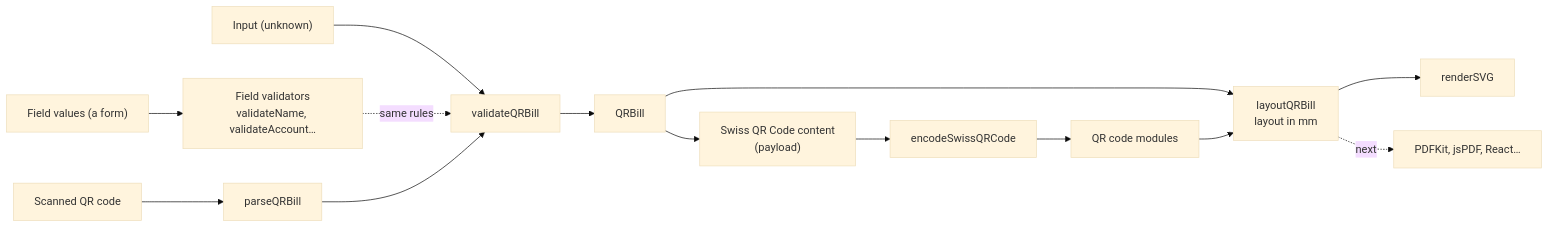
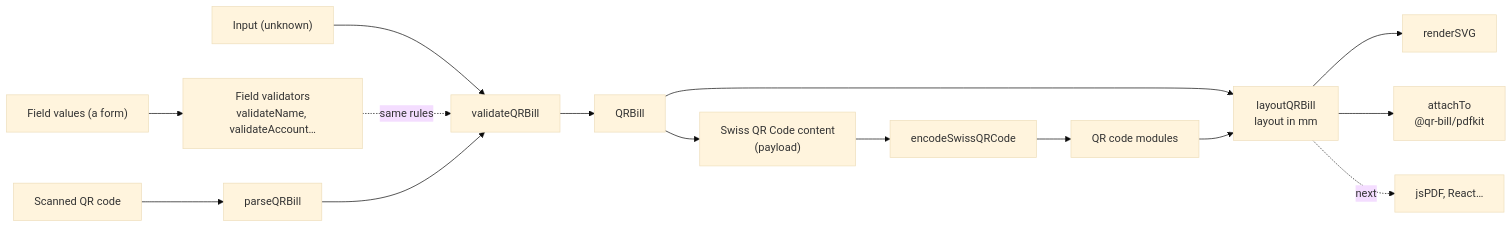
The diagram in docs/architecture.md (qr-bill/qr-bill), drawn with Mermaid (base theme) before and after one commit. The commit also changed other lines of this file and 28 other files, not shown here.

Commit message:
feat: @qr-bill/pdfkit adapter (#13) (#14)

````diff
--- a/docs/architecture.md
+++ b/docs/architecture.md
@@ -15,16 +15,17 @@
 ```mermaid
 flowchart LR
   fields["Field values (a form)"] --> validators["Field validators<br/>validateName, validateAccount…"]
   input["Input (unknown)"] --> validate["validateQRBill"]
   validators -. same rules .-> validate
   validate --> bill["QRBill"]
   bill --> payload["Swiss QR Code content<br/>(payload)"]
   payload --> encode["encodeSwissQRCode"]
   encode --> modules["QR code modules"]
   bill --> layout["layoutQRBill<br/>layout in mm"]
   modules --> layout
   layout --> svg["renderSVG"]
-  layout -. next .-> pdf["PDFKit, jsPDF, React…"]
+  layout --> pdfkit["attachTo<br/>@qr-bill/pdfkit"]
+  layout -. next .-> others["jsPDF, React…"]
   scanned["Scanned QR code"] --> parse["parseQRBill"]
   parse --> validate
 ```
````
